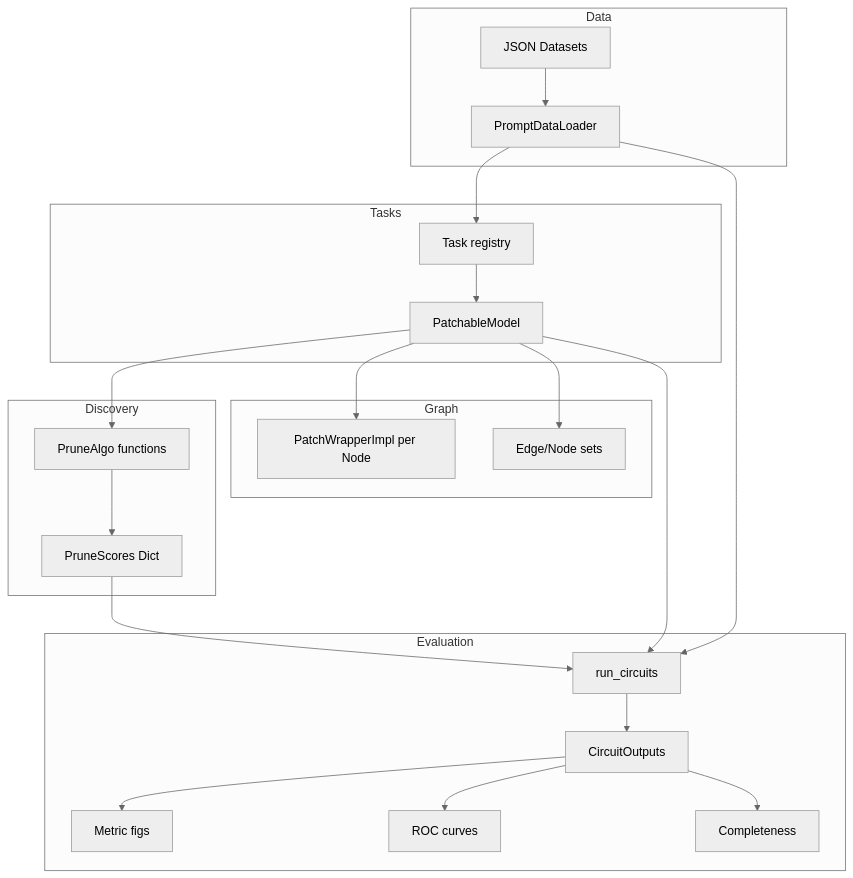
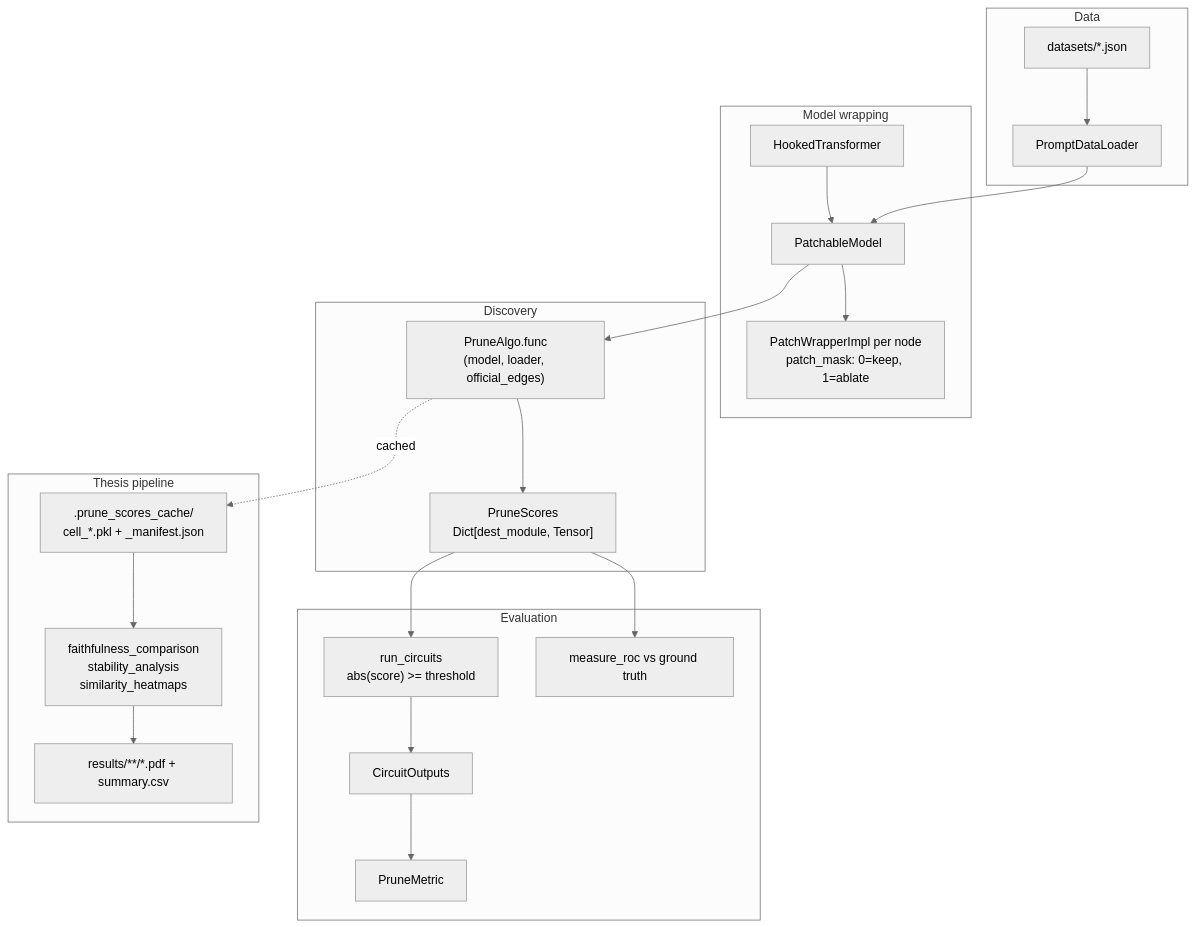
Before and after one commit to HanifiAkdag/auto-circuit: the first of 2 diagrams in docs/CODEBASE_MAP.md, drawn with Mermaid (neutral theme). The commit also changed other lines of this file and 1 other file, not shown here.

First line of the commit message:
Fix inconsistencies in thesis notes and clarify model method behavior

````diff
--- a/docs/CODEBASE_MAP.md
+++ b/docs/CODEBASE_MAP.md
@@ -13,27 +23,26 @@
 ```mermaid
 graph TB
-    subgraph Data
-        JSON[JSON Datasets] --> DL[PromptDataLoader]
+    subgraph Data["Data"]
+        JSON[datasets/*.json] --> DL[PromptDataLoader]
     end
-    subgraph Tasks
-        DL --> TASK[Task registry]
-        TASK --> PM[PatchableModel]
+    subgraph Wrap["Model wrapping"]
+        TL[HookedTransformer] --> PM[PatchableModel]
+        DL --> PM
+        PM --> PW["PatchWrapperImpl per node<br/>patch_mask: 0=keep, 1=ablate"]
     end
-    subgraph Graph
-        PM --> PW[PatchWrapperImpl per Node]
-        PM --> ED[Edge/Node sets]
+    subgraph Disc["Discovery"]
+        PM --> ALGO["PruneAlgo.func<br/>(model, loader, official_edges)"]
+        ALGO --> PS["PruneScores<br/>Dict[dest_module, Tensor]"]
     end
-    subgraph Discovery
-        PM --> ALGOS[PruneAlgo functions]
-        ALGOS --> PS[PruneScores Dict]
+    subgraph Eval["Evaluation"]
+        PS --> RC["run_circuits<br/>abs(score) >= threshold"]
+        RC --> CO[CircuitOutputs]
+        CO --> MET[PruneMetric]
+        PS --> ROC[measure_roc vs ground truth]
     end
-    subgraph Evaluation
-        PS --> RC[run_circuits]
-        PM --> RC
-        DL --> RC
-        RC --> CO[CircuitOutputs]
-        CO --> METRICS[Metric figs]
-        CO --> ROC[ROC curves]
-        CO --> COMP[Completeness]
+    subgraph Thesis["Thesis pipeline"]
+        ALGO -.cached.-> CACHE[".prune_scores_cache/<br/>cell_*.pkl + _manifest.json"]
+        CACHE --> AN["faithfulness_comparison<br/>stability_analysis<br/>similarity_heatmaps"]
+        AN --> FIG["results/**/*.pdf + summary.csv"]
     end
 ```
````
